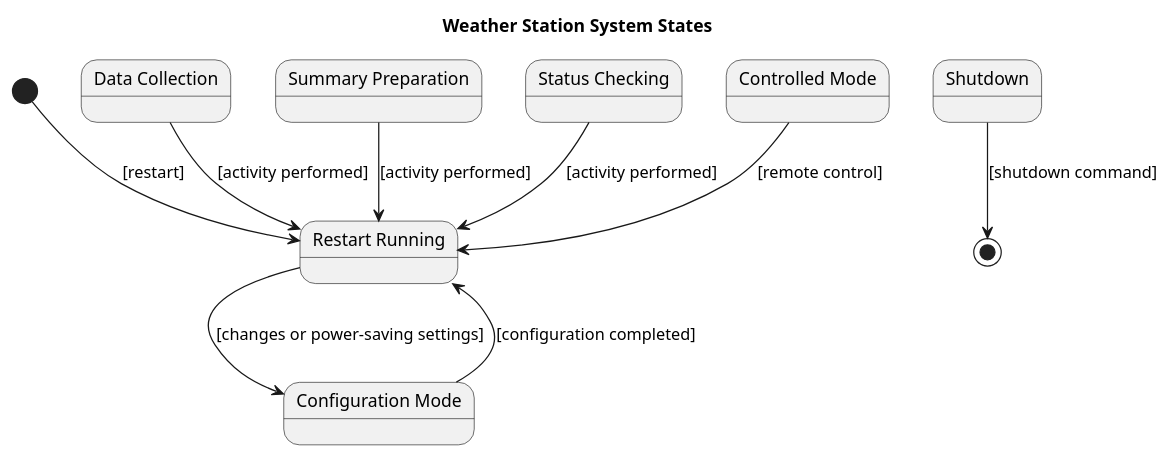
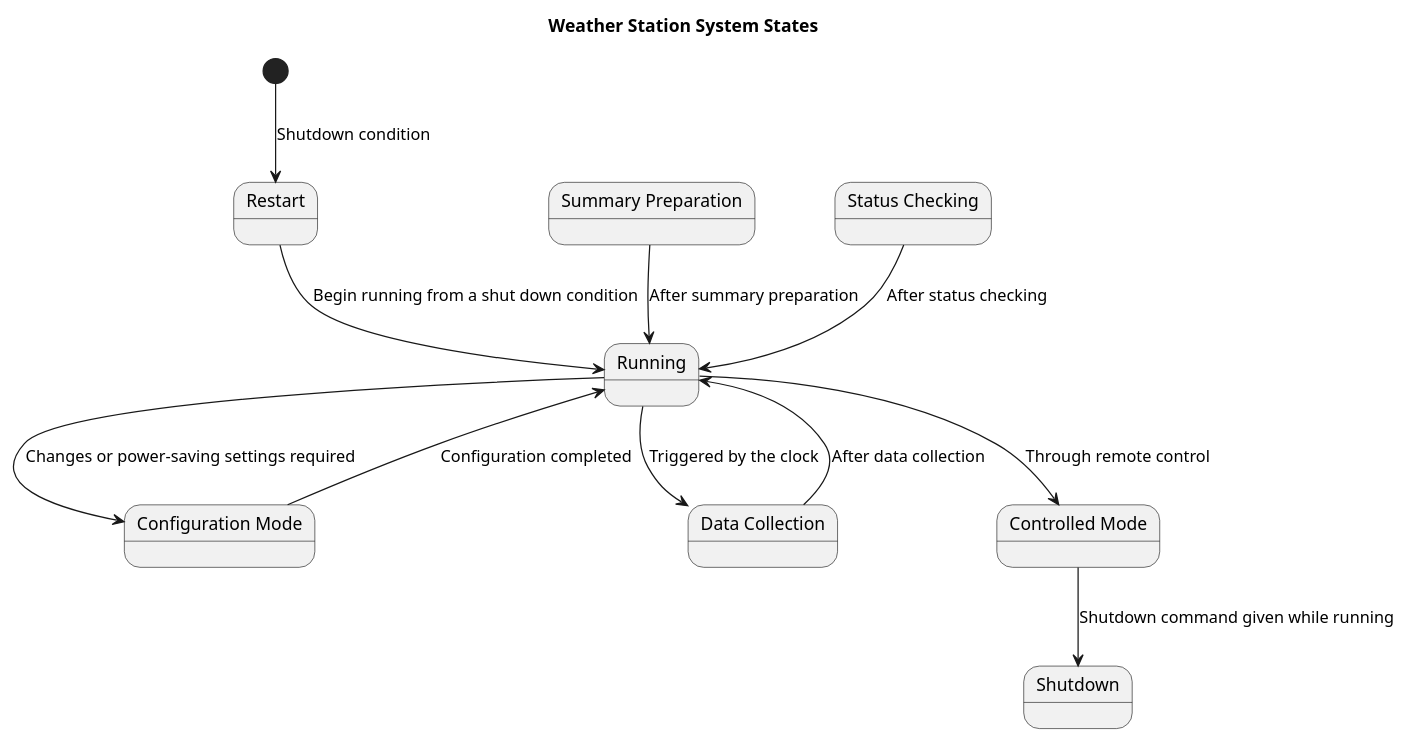
Before and after one commit to maimunafaria/State_transition_Diagram_generated_by_LLM: the diagram in results/plantuml_pipeline_run2/runs/open_source__qwen25_7b_instruct__rag/case_54_weather_station_system/run_01.initial.puml, drawn with PlantUML. The commit also changed 163 other files, not shown here.

```diff
--- a/results/plantuml_pipeline_run2/runs/open_source__qwen25_7b_instruct__rag/case_54_weather_station_system/run_01.initial.puml
+++ b/results/plantuml_pipeline_run2/runs/open_source__qwen25_7b_instruct__rag/case_54_weather_station_system/run_01.initial.puml
@@ -1,22 +1,25 @@
 @startuml
 title Weather Station System States
 
-[*] --> RestartRunning : [restart]
+[*] --> Restart : Shutdown condition
 
-state "Restart Running" as RestartRunning
+state "Restart" as Restart
+state "Running" as Running
 state "Configuration Mode" as ConfigurationMode
 state "Data Collection" as DataCollection
 state "Summary Preparation" as SummaryPreparation
 state "Status Checking" as StatusChecking
 state "Controlled Mode" as ControlledMode
 state "Shutdown" as Shutdown
 
-RestartRunning --> ConfigurationMode : [changes or power-saving settings]
-ConfigurationMode --> RestartRunning : [configuration completed]
-DataCollection --> RestartRunning : [activity performed]
-SummaryPreparation --> RestartRunning : [activity performed]
-StatusChecking --> RestartRunning : [activity performed]
-ControlledMode --> RestartRunning : [remote control]
-Shutdown --> [*] : [shutdown command]
+Restart --> Running : Begin running from a shut down condition
+Running --> ConfigurationMode : Changes or power-saving settings required
+ConfigurationMode --> Running : Configuration completed
+Running --> DataCollection : Triggered by the clock
+DataCollection --> Running : After data collection
+SummaryPreparation --> Running : After summary preparation
+StatusChecking --> Running : After status checking
+Running --> ControlledMode : Through remote control
+ControlledMode --> Shutdown : Shutdown command given while running
 
 @enduml
```
